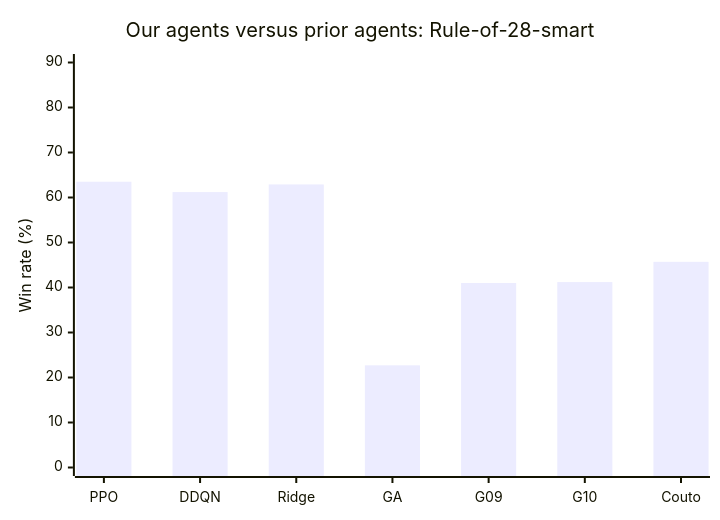
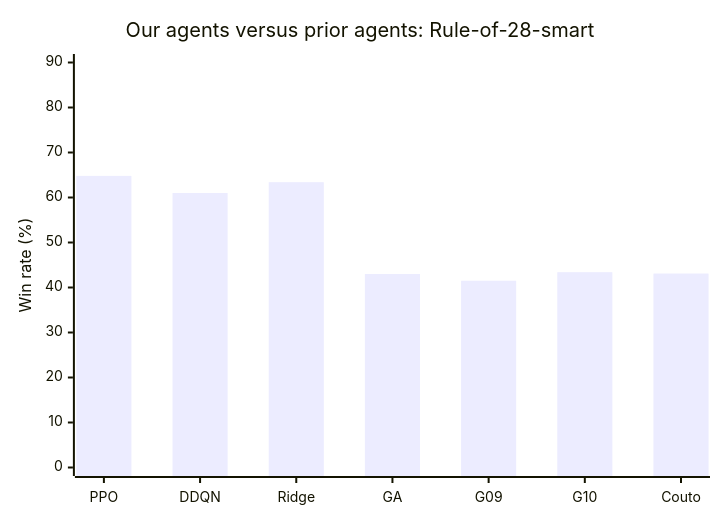
The first of 4 diagrams in README.md (BrianHuangNTUCSIE/cant-stop-rl), drawn with Mermaid before and after one commit. The commit also changed other lines of this file and 60 other files, not shown here.

````diff
--- a/README.md
+++ b/README.md
@@ -47,7 +58,7 @@
 ```mermaid
 xychart-beta
     title "Our agents versus prior agents: Rule-of-28-smart"
     x-axis [PPO, DDQN, Ridge, GA, G09, G10, Couto]
     y-axis "Win rate (%)" 0 --> 90
-    bar [63.5, 61.2, 62.9, 22.7, 41.0, 41.2, 45.7]
+    bar [64.8, 61.0, 63.4, 43.0, 41.5, 43.4, 43.1]
 ```
````
